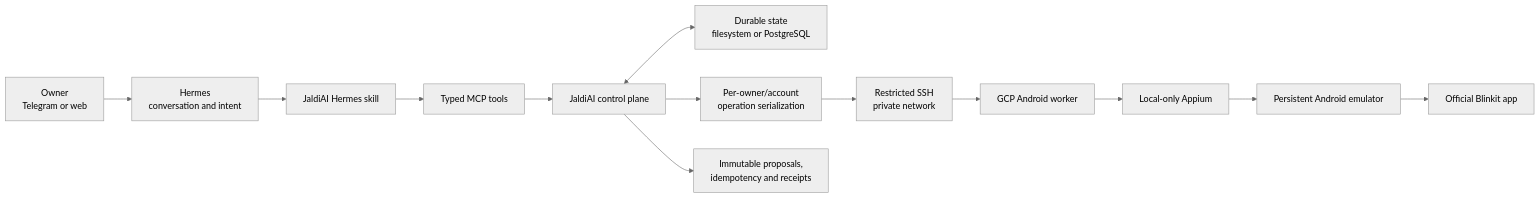
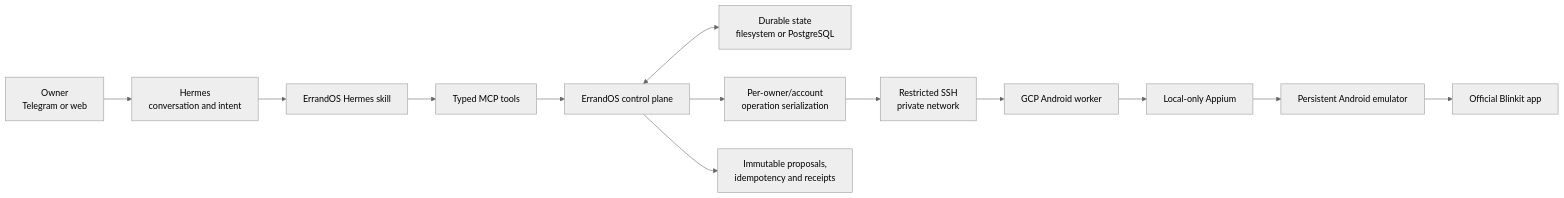
One commit to suraj-markup/errandos-buildathon changed the diagram in hosted/README.md. Above: the diagram before and after it, drawn with Mermaid (neutral theme). The commit also changed other lines of this file and 65 other files, not shown here.

````diff
--- a/hosted/README.md
+++ b/hosted/README.md
@@ -45,15 +45,15 @@
 ```mermaid
 flowchart LR
     U["Owner<br/>Telegram or web"] --> H["Hermes<br/>conversation and intent"]
-    H --> S["JaldiAI Hermes skill"]
+    H --> S["ErrandOS Hermes skill"]
     S --> M["Typed MCP tools"]
-    M --> C["JaldiAI control plane"]
+    M --> C["ErrandOS control plane"]
     C <--> D["Durable state<br/>filesystem or PostgreSQL"]
     C --> Q["Per-owner/account<br/>operation serialization"]
     Q --> SSH["Restricted SSH<br/>private network"]
     SSH --> W["GCP Android worker"]
     W --> A["Local-only Appium"]
     A --> E["Persistent Android emulator"]
     E --> B["Official Blinkit app"]
     C --> P["Immutable proposals,<br/>idempotency and receipts"]
 ```
````
